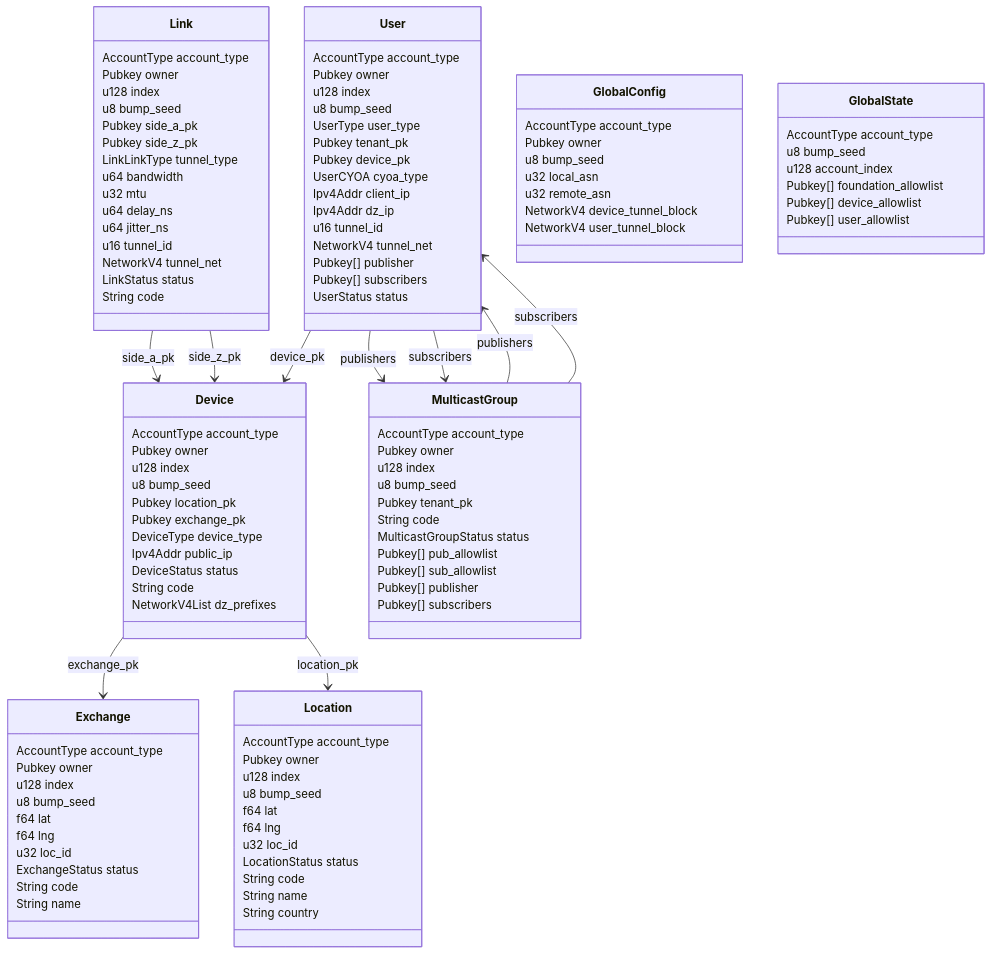
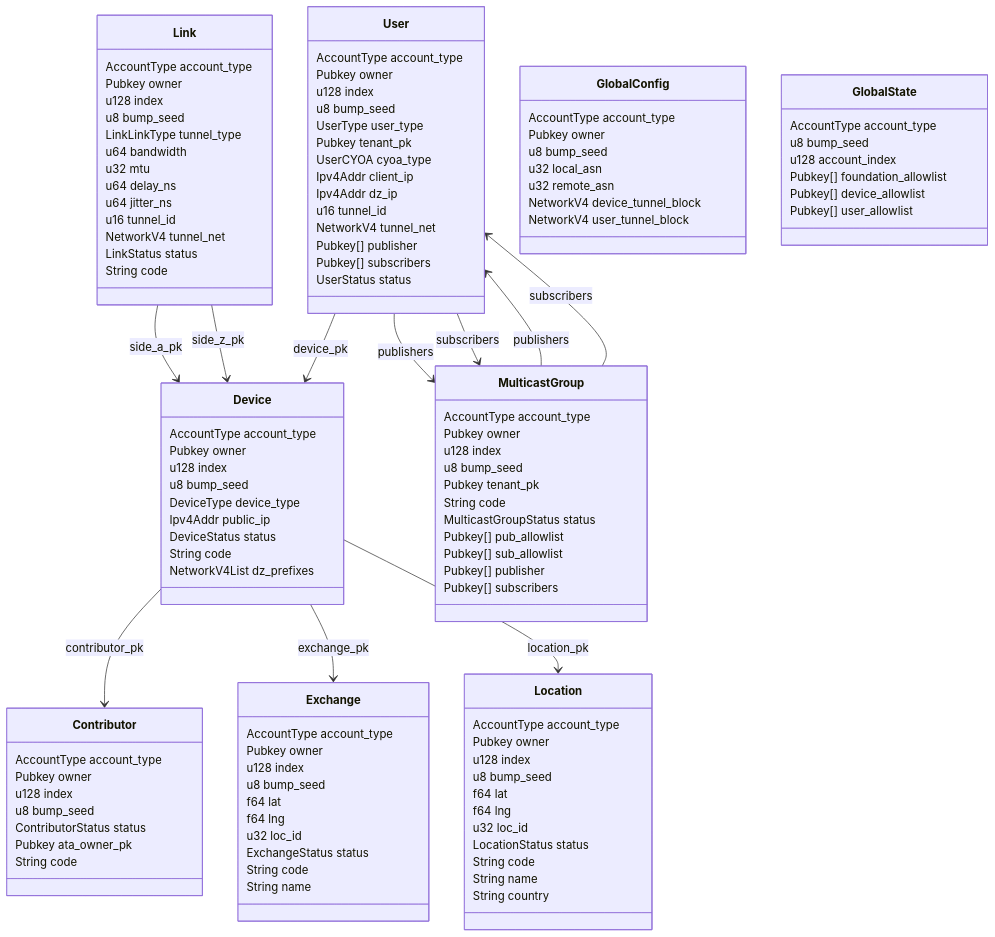
Before and after one commit to malbeclabs/doublezero: the first of 8 diagrams in smartcontract/programs/doublezero-serviceability/README.md, drawn with Mermaid. The commit also changed other lines of this file and 2 other files, not shown here.

Commit message:
docs: add Contributor structure and commands to README files (#708)

```diff
--- a/smartcontract/programs/doublezero-serviceability/README.md
+++ b/smartcontract/programs/doublezero-serviceability/README.md
@@ -52,13 +53,20 @@
         String code
         String name
     }
+    class Contributor {
+        AccountType account_type
+        Pubkey owner
+        u128 index
+        u8 bump_seed
+        ContributorStatus status
+        Pubkey ata_owner_pk
+        String code
+    }
     class Device {
         AccountType account_type
         Pubkey owner
         u128 index
         u8 bump_seed
-        Pubkey location_pk
-        Pubkey exchange_pk
         DeviceType device_type
         Ipv4Addr public_ip
         DeviceStatus status
@@ -70,8 +78,6 @@
         Pubkey owner
         u128 index
         u8 bump_seed
-        Pubkey side_a_pk
-        Pubkey side_z_pk
         LinkLinkType tunnel_type
         u64 bandwidth
         u32 mtu
@@ -89,7 +95,6 @@
         u8 bump_seed
         UserType user_type
         Pubkey tenant_pk
-        Pubkey device_pk
         UserCYOA cyoa_type
         Ipv4Addr client_ip
         Ipv4Addr dz_ip
@@ -129,6 +134,7 @@
         Pubkey[] device_allowlist
         Pubkey[] user_allowlist
     }
+    Device --> Contributor : contributor_pk
     Device --> Exchange : exchange_pk
     Device --> Location  : location_pk
     Link --> Device : side_a_pk
```
